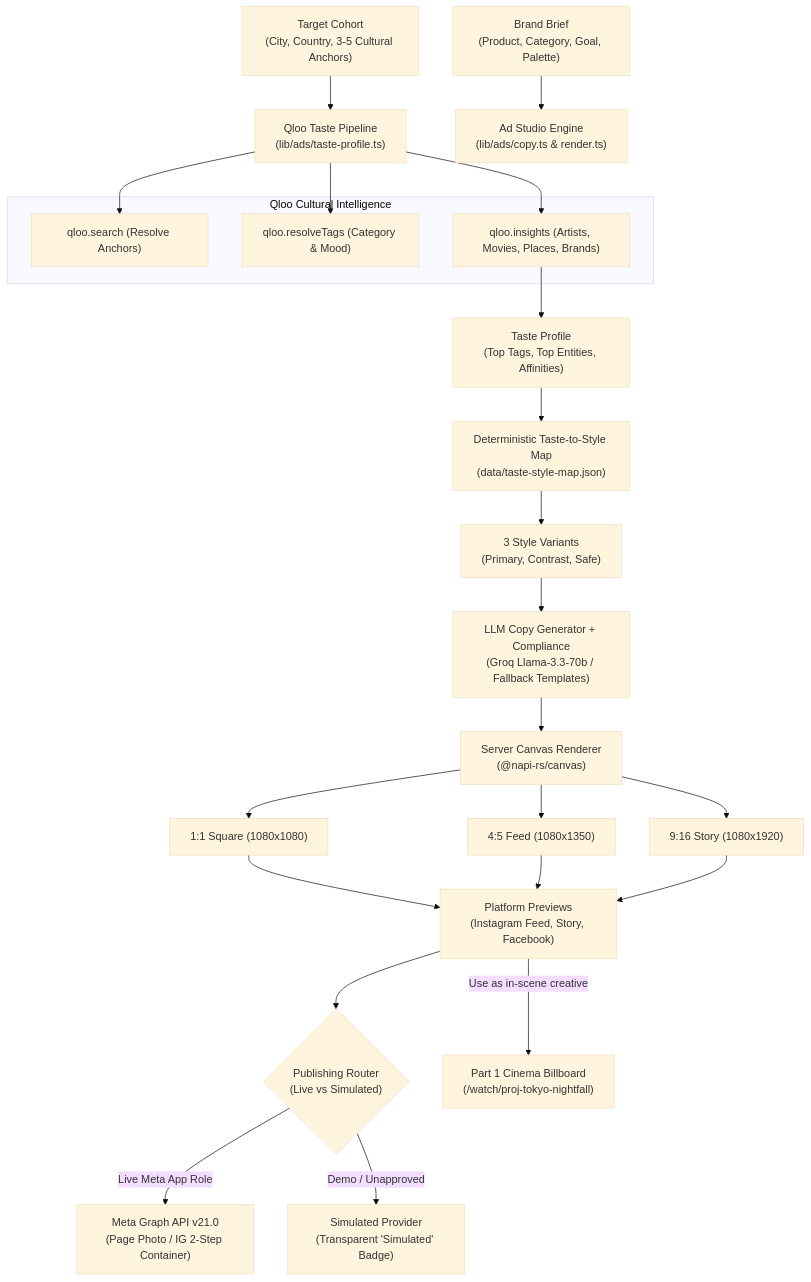
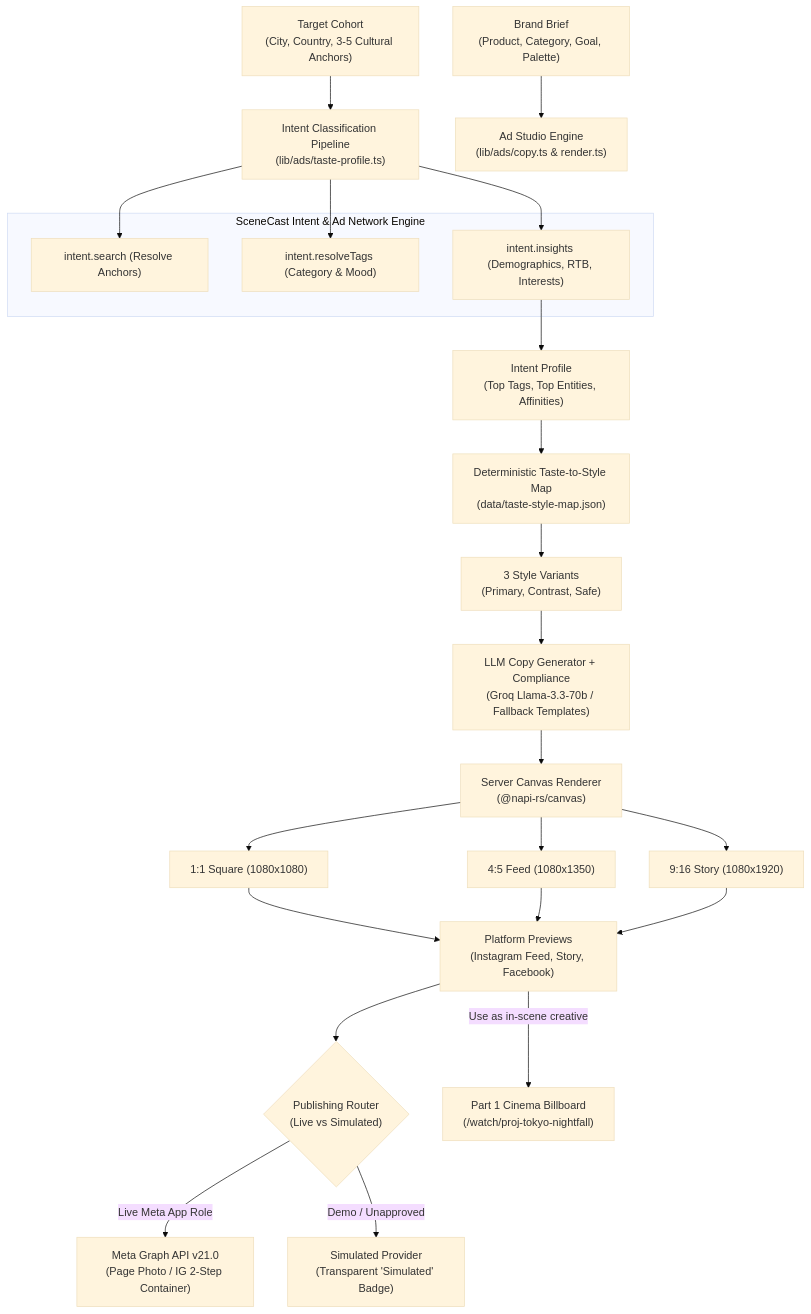
The second of 2 diagrams in README.md (Nandanhs006/AdVision), drawn with Mermaid (base theme) before and after one commit. The commit also changed other lines of this file and 27 other files, not shown here.

Commit message:
refactor: migrate from Qloo to generic Intent Classification Engine with Google AdSense and Meta Ads

````diff
--- a/README.md
+++ b/README.md
@@ -185,36 +186,36 @@
 ```mermaid
 flowchart TD
-    Cohort["Target Cohort\n(City, Country, 3-5 Cultural Anchors)"] --> TastePipeline["Qloo Taste Pipeline\n(lib/ads/taste-profile.ts)"]
+    Cohort["Target Cohort\n(City, Country, 3-5 Cultural Anchors)"] --> TastePipeline["Intent Classification Pipeline\n(lib/ads/taste-profile.ts)"]
     Brief["Brand Brief\n(Product, Category, Goal, Palette)"] --> Studio["Ad Studio Engine\n(lib/ads/copy.ts & render.ts)"]
 
-    subgraph QlooTasteGraph ["Qloo Cultural Intelligence"]
-        QSearch["qloo.search (Resolve Anchors)"]
-        QTags["qloo.resolveTags (Category & Mood)"]
-        QInsights["qloo.insights (Artists, Movies, Places, Brands)"]
+    subgraph IntentEngine ["SceneCast Intent & Ad Network Engine"]
+        QSearch["intent.search (Resolve Anchors)"]
+        QTags["intent.resolveTags (Category & Mood)"]
+        QInsights["intent.insights (Demographics, RTB, Interests)"]
     end
 
     TastePipeline --> QSearch
     TastePipeline --> QTags
     TastePipeline --> QInsights
 
-    QInsights --> Profile["Taste Profile\n(Top Tags, Top Entities, Affinities)"]
+    QInsights --> Profile["Intent Profile\n(Top Tags, Top Entities, Affinities)"]
     Profile --> TasteToStyle["Deterministic Taste-to-Style Map\n(data/taste-style-map.json)"]
     
     TasteToStyle --> Tokens["3 Style Variants\n(Primary, Contrast, Safe)"]
     Tokens --> CopyGen["LLM Copy Generator + Compliance\n(Groq Llama-3.3-70b / Fallback Templates)"]
     CopyGen --> RenderCanvas["Server Canvas Renderer\n(@napi-rs/canvas)"]
 
     RenderCanvas --> Aspect1["1:1 Square (1080x1080)"]
     RenderCanvas --> Aspect2["4:5 Feed (1080x1350)"]
     RenderCanvas --> Aspect3["9:16 Story (1080x1920)"]
 
     Aspect1 --> Previews["Platform Previews\n(Instagram Feed, Story, Facebook)"]
     Aspect2 --> Previews
     Aspect3 --> Previews
 
     Previews --> MetaConnect{"Publishing Router\n(Live vs Simulated)"}
     MetaConnect -->|Live Meta App Role| MetaGraph["Meta Graph API v21.0\n(Page Photo / IG 2-Step Container)"]
     MetaConnect -->|Demo / Unapproved| Simulated["Simulated Provider\n(Transparent 'Simulated' Badge)"]
 
     Previews -->|Use as in-scene creative| InScene["Part 1 Cinema Billboard\n(/watch/proj-tokyo-nightfall)"]
 ```
````
